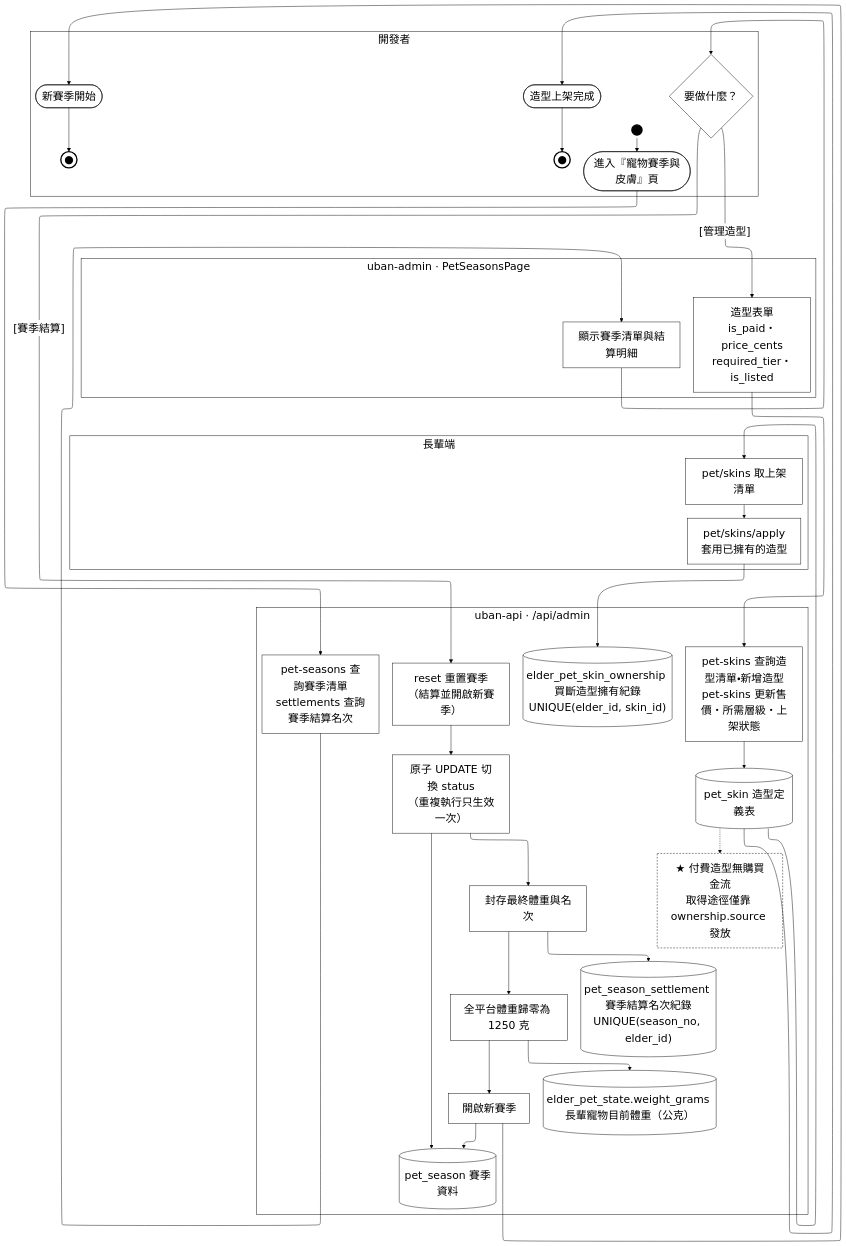
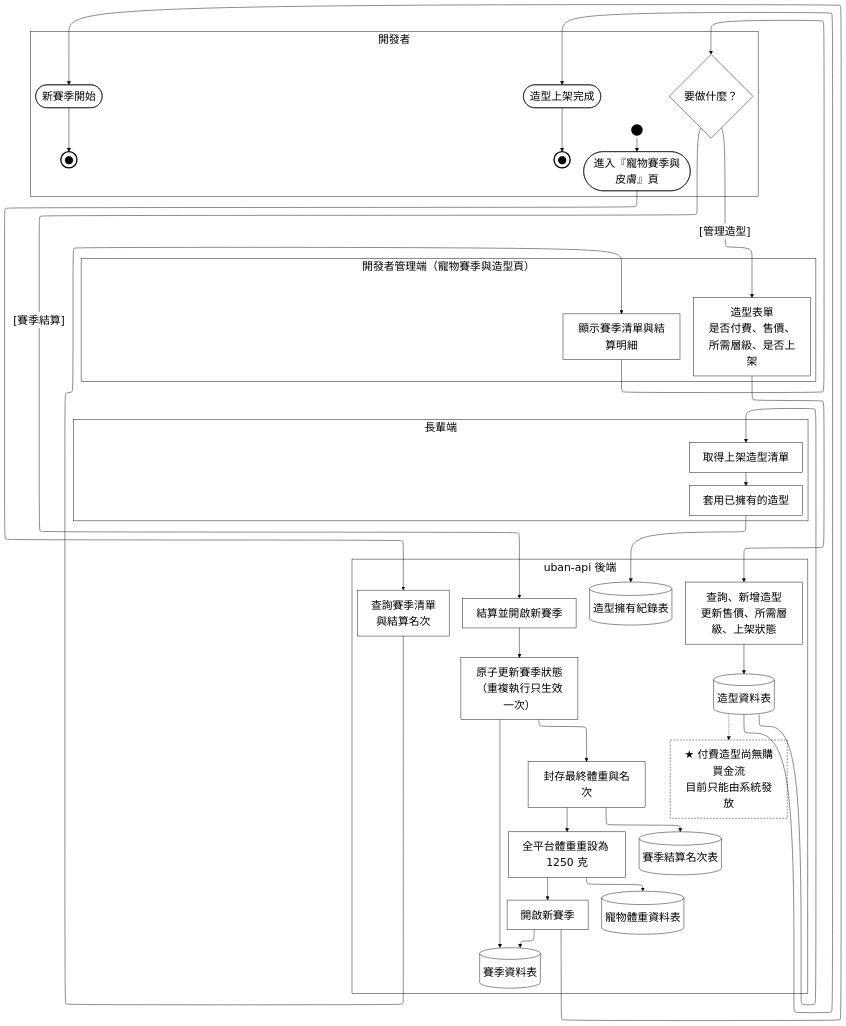
Before and after one commit to HuangYu-Kai/Uban: the diagram in Uban System Documents/mermaid原始碼/A29-營運管理.mmd, drawn with Mermaid. The commit also changed 32 other files, not shown here.

```diff
--- a/Uban System Documents/mermaid原始碼/A29-營運管理.mmd
+++ b/Uban System Documents/mermaid原始碼/A29-營運管理.mmd
@@ -1,71 +1,71 @@
 %%{init:{"layout":"elk","elk":{"mergeEdges":false,"nodePlacementStrategy":"NETWORK_SIMPLEX"},"flowchart":{"htmlLabels":true},"themeVariables":{"clusterBkg":"#FFFFFF","clusterBorder":"#000000","edgeLabelBackground":"#FFFFFF","textColor":"#000000","nodeTextColor":"#000000","titleColor":"#000000","lineColor":"#000000","fontSize":"24px"}}}%%
 flowchart TD
   subgraph ROLE["開發者"]
     PAD_ROLE["&nbsp;&nbsp;&nbsp;&nbsp;&nbsp;&nbsp;&nbsp;&nbsp;&nbsp;&nbsp;&nbsp;&nbsp;&nbsp;&nbsp;&nbsp;&nbsp;&nbsp;&nbsp;&nbsp;&nbsp;&nbsp;&nbsp;&nbsp;&nbsp;&nbsp;&nbsp;&nbsp;&nbsp;&nbsp;&nbsp;&nbsp;&nbsp;&nbsp;&nbsp;&nbsp;&nbsp;&nbsp;&nbsp;&nbsp;&nbsp;&nbsp;&nbsp;&nbsp;&nbsp;&nbsp;&nbsp;&nbsp;&nbsp;&nbsp;&nbsp;&nbsp;&nbsp;&nbsp;&nbsp;&nbsp;&nbsp;&nbsp;&nbsp;&nbsp;&nbsp;&nbsp;&nbsp;&nbsp;&nbsp;&nbsp;&nbsp;&nbsp;&nbsp;&nbsp;&nbsp;&nbsp;&nbsp;&nbsp;&nbsp;&nbsp;&nbsp;&nbsp;&nbsp;&nbsp;&nbsp;&nbsp;&nbsp;&nbsp;&nbsp;&nbsp;&nbsp;&nbsp;&nbsp;&nbsp;&nbsp;&nbsp;&nbsp;&nbsp;&nbsp;&nbsp;&nbsp;&nbsp;&nbsp;&nbsp;&nbsp;&nbsp;&nbsp;&nbsp;&nbsp;&nbsp;&nbsp;&nbsp;"]:::pad
     ST_S1(("&nbsp;")):::term
     S1([進入『寵物賽季與皮膚』頁]):::act
     S2{"要做什麼？"}:::dec
     S3(["新賽季開始"]):::act
     EN_S3(("●")):::endterm
     S4(["造型上架完成"]):::act
     EN_S4(("●")):::endterm
   end
-  subgraph FE["uban-admin · PetSeasonsPage"]
+  subgraph FE["開發者管理端（寵物賽季與造型頁）"]
     PAD_FE["&nbsp;&nbsp;&nbsp;&nbsp;&nbsp;&nbsp;&nbsp;&nbsp;&nbsp;&nbsp;&nbsp;&nbsp;&nbsp;&nbsp;&nbsp;&nbsp;&nbsp;&nbsp;&nbsp;&nbsp;&nbsp;&nbsp;&nbsp;&nbsp;&nbsp;&nbsp;&nbsp;&nbsp;&nbsp;&nbsp;&nbsp;&nbsp;&nbsp;&nbsp;&nbsp;&nbsp;&nbsp;&nbsp;&nbsp;&nbsp;&nbsp;&nbsp;&nbsp;&nbsp;&nbsp;&nbsp;&nbsp;&nbsp;&nbsp;&nbsp;&nbsp;&nbsp;&nbsp;&nbsp;&nbsp;&nbsp;&nbsp;&nbsp;&nbsp;&nbsp;&nbsp;&nbsp;&nbsp;&nbsp;&nbsp;&nbsp;&nbsp;&nbsp;&nbsp;&nbsp;&nbsp;&nbsp;&nbsp;&nbsp;&nbsp;&nbsp;&nbsp;&nbsp;&nbsp;&nbsp;&nbsp;&nbsp;&nbsp;&nbsp;&nbsp;&nbsp;&nbsp;&nbsp;&nbsp;&nbsp;&nbsp;&nbsp;&nbsp;&nbsp;&nbsp;&nbsp;&nbsp;&nbsp;&nbsp;&nbsp;&nbsp;&nbsp;&nbsp;&nbsp;&nbsp;&nbsp;&nbsp;&nbsp;&nbsp;&nbsp;&nbsp;&nbsp;&nbsp;&nbsp;&nbsp;&nbsp;&nbsp;&nbsp;&nbsp;&nbsp;&nbsp;&nbsp;&nbsp;&nbsp;&nbsp;&nbsp;&nbsp;"]:::pad
     A1["顯示賽季清單與結算明細"]:::act
-    A2["造型表單<br/>is_paid・price_cents<br/>required_tier・is_listed"]:::act
+    A2["造型表單<br/>是否付費、售價、<br/>所需層級、是否上架"]:::act
   end
   subgraph FE2["長輩端"]
     PAD_FE2["&nbsp;&nbsp;&nbsp;&nbsp;&nbsp;&nbsp;&nbsp;&nbsp;&nbsp;&nbsp;&nbsp;&nbsp;&nbsp;&nbsp;&nbsp;&nbsp;&nbsp;&nbsp;&nbsp;&nbsp;&nbsp;&nbsp;&nbsp;&nbsp;&nbsp;&nbsp;&nbsp;&nbsp;&nbsp;&nbsp;&nbsp;&nbsp;&nbsp;&nbsp;&nbsp;&nbsp;&nbsp;&nbsp;&nbsp;&nbsp;&nbsp;&nbsp;&nbsp;&nbsp;&nbsp;&nbsp;&nbsp;&nbsp;&nbsp;&nbsp;&nbsp;&nbsp;&nbsp;&nbsp;&nbsp;&nbsp;&nbsp;&nbsp;&nbsp;&nbsp;&nbsp;&nbsp;&nbsp;&nbsp;&nbsp;&nbsp;&nbsp;&nbsp;&nbsp;&nbsp;&nbsp;&nbsp;&nbsp;&nbsp;&nbsp;&nbsp;&nbsp;&nbsp;&nbsp;&nbsp;&nbsp;&nbsp;&nbsp;&nbsp;&nbsp;&nbsp;&nbsp;&nbsp;&nbsp;&nbsp;&nbsp;&nbsp;&nbsp;&nbsp;&nbsp;&nbsp;&nbsp;&nbsp;&nbsp;&nbsp;&nbsp;&nbsp;&nbsp;&nbsp;&nbsp;&nbsp;&nbsp;&nbsp;&nbsp;&nbsp;&nbsp;&nbsp;&nbsp;&nbsp;&nbsp;&nbsp;&nbsp;&nbsp;&nbsp;&nbsp;&nbsp;&nbsp;&nbsp;&nbsp;&nbsp;&nbsp;&nbsp;&nbsp;&nbsp;&nbsp;&nbsp;&nbsp;&nbsp;&nbsp;&nbsp;&nbsp;&nbsp;&nbsp;&nbsp;&nbsp;&nbsp;&nbsp;&nbsp;&nbsp;&nbsp;&nbsp;&nbsp;&nbsp;&nbsp;&nbsp;&nbsp;&nbsp;&nbsp;&nbsp;&nbsp;&nbsp;&nbsp;&nbsp;&nbsp;&nbsp;&nbsp;&nbsp;&nbsp;&nbsp;&nbsp;&nbsp;"]:::pad
-    E1["pet/skins 取上架清單"]:::act
-    E2["pet/skins/apply<br/>套用已擁有的造型"]:::act
+    E1["取得上架造型清單"]:::act
+    E2["套用已擁有的造型"]:::act
   end
-  subgraph BE["uban-api · /api/admin"]
-    B1["pet-seasons 查詢賽季清單<br/>settlements 查詢賽季結算名次"]:::act
-    B2["reset 重置賽季（結算並開啟新賽季）"]:::act
-    B3["原子 UPDATE 切換 status<br/>（重複執行只生效一次）"]:::act
+  subgraph BE["uban-api 後端"]
+    B1["查詢賽季清單<br/>與結算名次"]:::act
+    B2["結算並開啟新賽季"]:::act
+    B3["原子更新賽季狀態<br/>（重複執行只生效一次）"]:::act
     B4["封存最終體重與名次"]:::act
-    B5["全平台體重歸零為 1250 克"]:::act
+    B5["全平台體重重設為 1250 克"]:::act
     B6["開啟新賽季"]:::act
-    B7["pet-skins 查詢造型清單・新增造型<br/>pet-skins 更新售價・所需層級・上架狀態"]:::act
-    D1[("pet_season 賽季資料")]:::act
-    D2[("pet_season_settlement 賽季結算名次紀錄<br/>UNIQUE(season_no, elder_id)")]:::act
-    D3[("elder_pet_state.weight_grams 長輩寵物目前體重（公克）")]:::act
-    D4[("pet_skin 造型定義表")]:::act
-    D5[("elder_pet_skin_ownership 買斷造型擁有紀錄<br/>UNIQUE(elder_id, skin_id)")]:::act
-    GAP["★ 付費造型無購買金流<br/>取得途徑僅靠 ownership.source 發放"]:::gap
+    B7["查詢、新增造型<br/>更新售價、所需層級、上架狀態"]:::act
+    D1[("賽季資料表")]:::act
+    D2[("賽季結算名次表")]:::act
+    D3[("寵物體重資料表")]:::act
+    D4[("造型資料表")]:::act
+    D5[("造型擁有紀錄表")]:::act
+    GAP["★ 付費造型尚無購買金流<br/>目前只能由系統發放"]:::gap
   end
 
   ST_S1 --> S1
   S1 --> B1
   B1 --> A1
   A1 --> S2
   S2 -->|"[賽季結算]"| B2
   B2 --> B3
   B3 --> D1
   B3 --> B4
   B4 --> D2
   B4 --> B5
   B5 --> D3
   B5 --> B6
   B6 --> D1
   B6 --> S3
   S2 -->|"[管理造型]"| A2
   A2 --> B7
   B7 --> D4
   D4 --> S4
   D4 --> E1
   E1 --> E2
   E2 --> D5
   D4 -.-> GAP
   S3 --> EN_S3
   S4 --> EN_S4
   %% 鎖住泳道順序：ELK 不照宣告順序排，沒有這條鏈後端會跑到最上面
   ROLE ~~~ FE ~~~ FE2 ~~~ BE
 
   classDef pad  fill:none,stroke:none,color:#FFFFFF
   classDef act  fill:#FFFFFF,stroke:#000000,stroke-width:1px,color:#000000
   classDef dec  fill:#FFFFFF,stroke:#000000,stroke-width:1px,color:#000000
   classDef term fill:#000000,stroke:#000000,stroke-width:3px,color:#000000
   classDef endterm fill:#FFFFFF,stroke:#000000,stroke-width:3px,color:#000000
   classDef gap  fill:#FFFFFF,stroke:#000000,stroke-width:1px,color:#000000,stroke-dasharray:4 3
```
